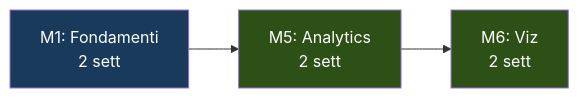
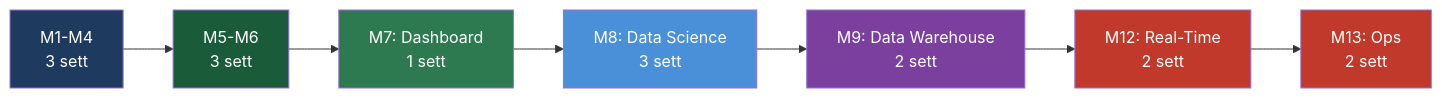
One commit to AndreyBertasini/gynnitech changed the fifth of 5 diagrams in src/content/corso/panoramica/mappe-concettuali.mdx. Above: the diagram before and after it, drawn with Mermaid. The commit also changed other lines of this file and 11 other files, not shown here.

````diff
--- a/src/content/corso/panoramica/mappe-concettuali.mdx
+++ b/src/content/corso/panoramica/mappe-concettuali.mdx
@@ -80,8 +258,16 @@
 ```mermaid
 graph LR
-    A["M1: Fondamenti<br>2 sett"] --> B["M5: Analytics<br>2 sett"]
-    --> C["M6: Viz<br>2 sett"]
-    style A fill:#1a3a5c,color:#ffffff
-    style B fill:#2d5016,color:#ffffff
-    style C fill:#2d5016,color:#ffffff
+    A["M1-M4\n3 sett"] --> B["M5-M6\n3 sett"]
+    B --> C["M7: Dashboard\n1 sett"]
+    C --> D["M8: Data Science\n3 sett"]
+    D --> E["M9: Data Warehouse\n2 sett"]
+    E --> F["M12: Real-Time\n2 sett"]
+    F --> G["M13: Ops\n2 sett"]
+    style A fill:#1e3a5f,color:#fff
+    style B fill:#1a5c3a,color:#fff
+    style C fill:#2d7a50,color:#fff
+    style D fill:#4a90d9,color:#fff
+    style E fill:#7b3f9e,color:#fff
+    style F fill:#c0392b,color:#fff
+    style G fill:#c0392b,color:#fff
 ```
````
